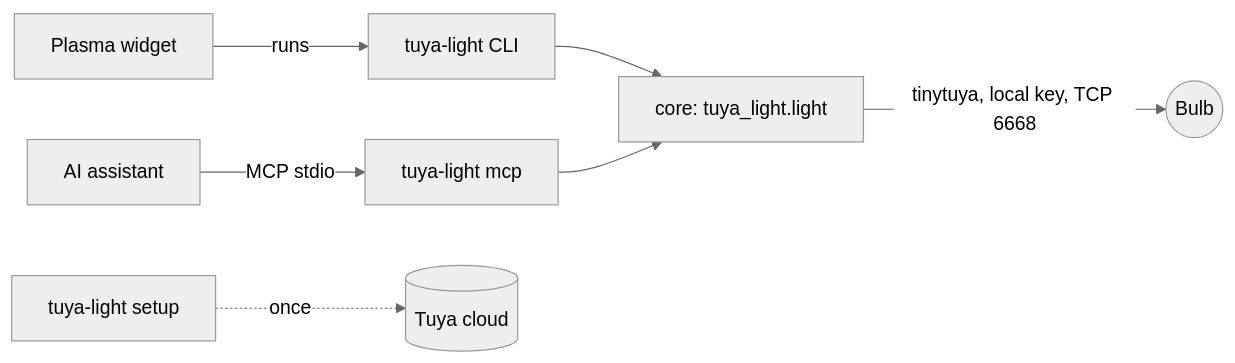
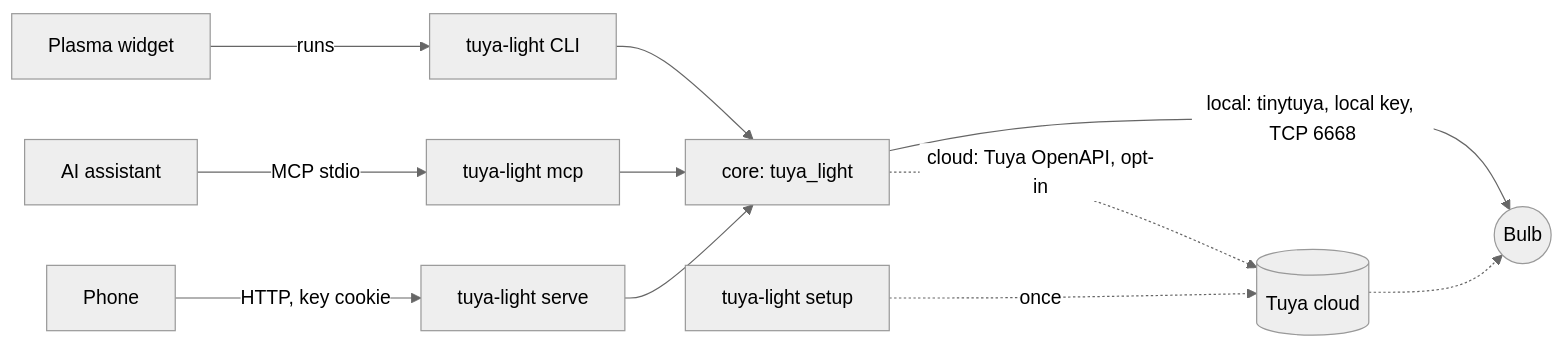
The diagram in README.md (YakupEmreYerli/tuya-light), drawn with Mermaid (neutral theme) before and after one commit. The commit also changed other lines of this file and 7 other files, not shown here.

First line of the commit message:
docs: describe the phone page, the cloud backend and where it runs

````diff
--- a/README.md
+++ b/README.md
@@ -132,9 +216,13 @@
 ```mermaid
 flowchart LR
     W[Plasma widget] -- runs --> C[tuya-light CLI]
     A[AI assistant] -- MCP stdio --> M[tuya-light mcp]
-    C --> L[core: tuya_light.light]
+    P[Phone] -- HTTP, key cookie --> S2[tuya-light serve]
+    C --> L[core: tuya_light]
     M --> L
-    L -- tinytuya, local key, TCP 6668 --> B((Bulb))
-    S[tuya-light setup] -. once .-> T[(Tuya cloud)]
+    S2 --> L
+    L -- local: tinytuya, local key, TCP 6668 --> B((Bulb))
+    L -. cloud: Tuya OpenAPI, opt-in .-> T[(Tuya cloud)]
+    T -.-> B
+    S[tuya-light setup] -. once .-> T
 ```
````
